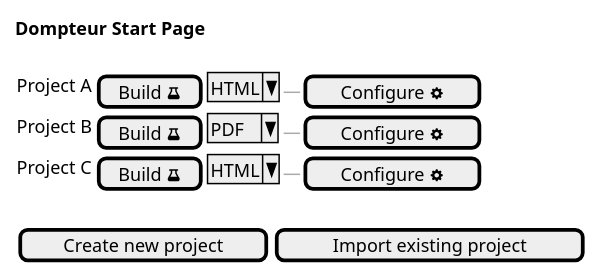
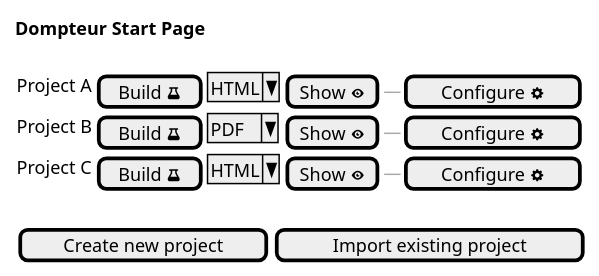
The diagram in docs/pumls/mockups/main.puml (useblocks/dompteur), drawn with PlantUML before and after one commit. The commit also changed 2 other files, not shown here.

Commit message:
Adds Show button to main view

```diff
--- a/docs/pumls/mockups/main.puml
+++ b/docs/pumls/mockups/main.puml
@@ -1,16 +1,16 @@
 @startuml
 salt
 {
 <b>Dompteur Start Page
     .
     {
-        Project A | [Build <&beaker>] | ^HTML^ | --- | [ Configure <&cog> ]
-        Project B | [Build <&beaker>] | ^PDF ^ | --- | [ Configure <&cog> ]
-        Project C | [Build <&beaker>] | ^HTML^ | --- | [ Configure <&cog> ]
+        Project A | [Build <&beaker>] | ^HTML^ | [Show <&eye>] | --- | [ Configure <&cog> ]
+        Project B | [Build <&beaker>] | ^PDF ^ | [Show <&eye>] | --- | [ Configure <&cog> ]
+        Project C | [Build <&beaker>] | ^HTML^ | [Show <&eye>] |--- | [ Configure <&cog> ]
     }
     .
     {
         [ Create new project ] | [ Import existing project ]
     }
 }
 @enduml
```
